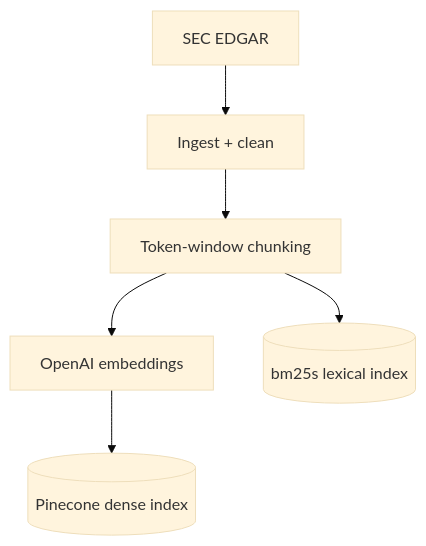
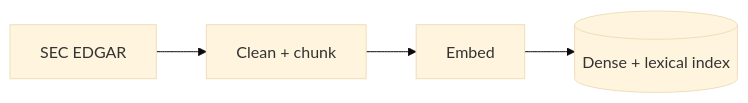
One commit to Rishi-creator-11/sec-rag-engine changed the first of 2 diagrams in README.md. Above: the diagram before and after it, drawn with Mermaid (base theme). The commit also changed other lines of this file, not shown here.

First line of the commit message:
Shrink README diagrams back to horizontal, fewer nodes

````diff
--- a/README.md
+++ b/README.md
@@ -77,8 +77,6 @@
 ```mermaid
-flowchart TD
-    A[SEC EDGAR] --> B[Ingest + clean]
-    B --> C[Token-window chunking]
-    C --> D[OpenAI embeddings]
-    D --> E[(Pinecone dense index)]
-    C --> F[(bm25s lexical index)]
+flowchart LR
+    A[SEC EDGAR] --> B[Clean + chunk]
+    B --> C[Embed]
+    C --> D[(Dense + lexical index)]
 ```
````
